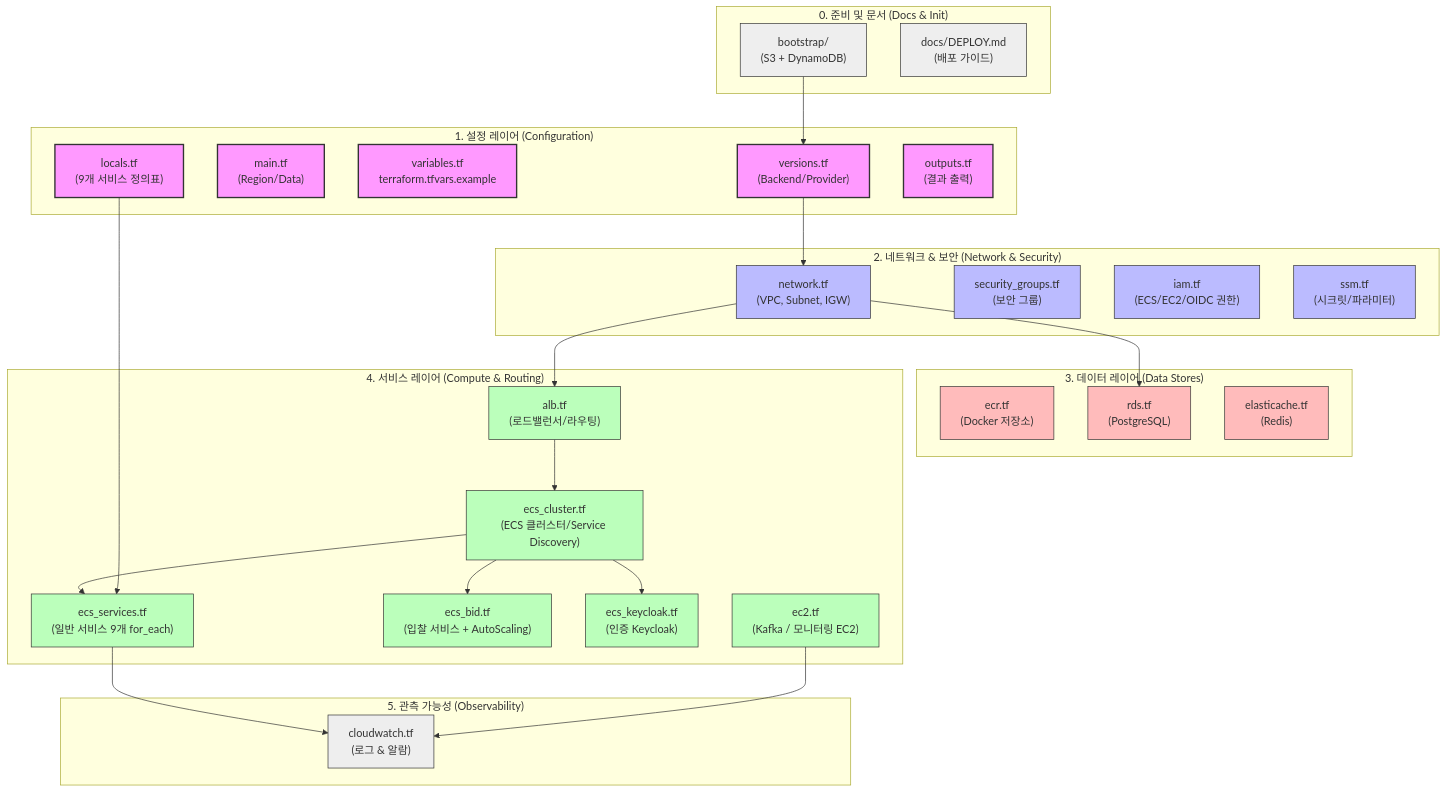
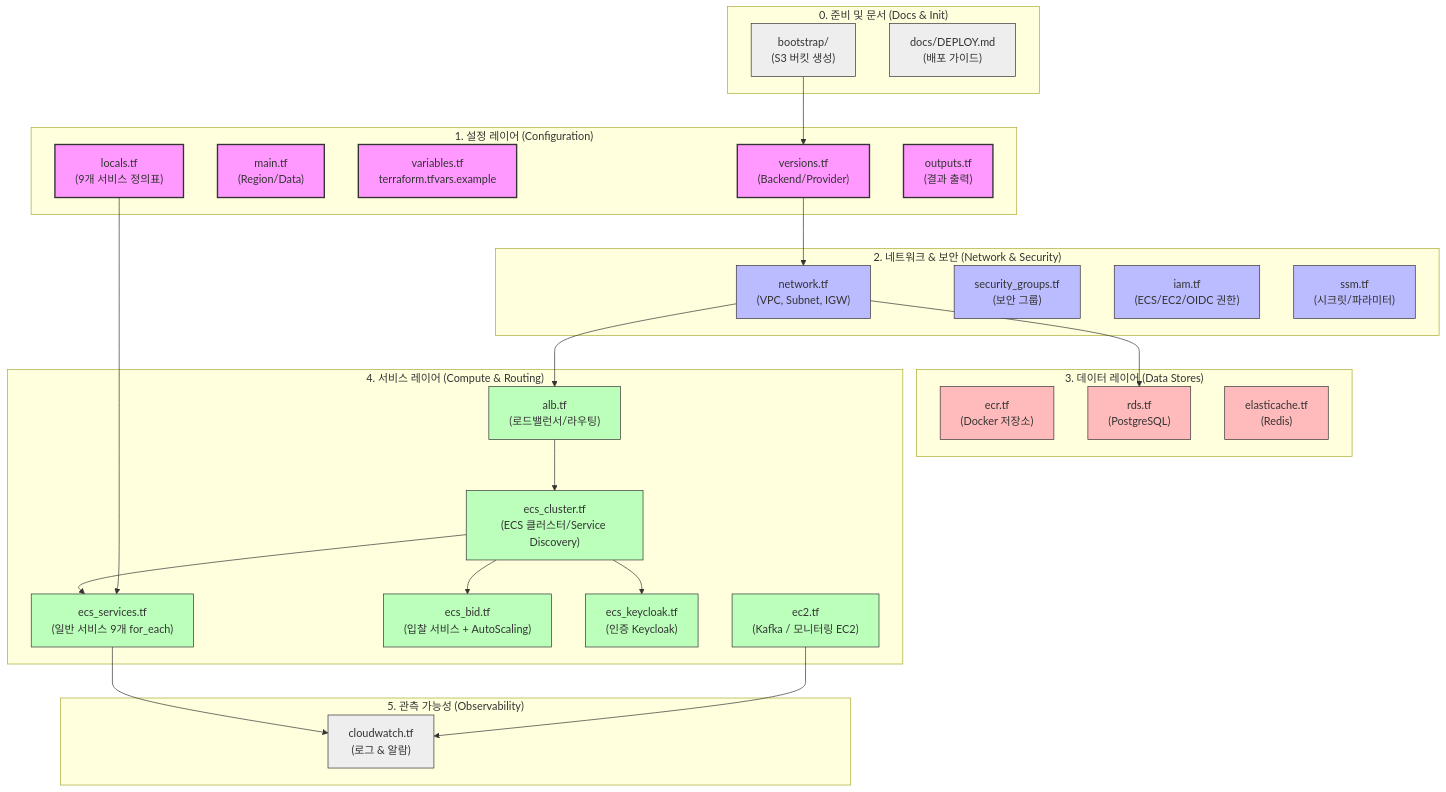
One commit to BankRupang/sanji-infra changed the diagram in README.md. Above: the diagram before and after it, drawn with Mermaid. The commit also changed other lines of this file and 3 other files, not shown here.

````diff
--- a/README.md
+++ b/README.md
@@ -82,73 +82,73 @@
 ```mermaid
 graph TD
     %% 스타일 정의
     classDef config fill:#f9f,stroke:#333,stroke-width:2px;
     classDef network fill:#bbf,stroke:#333,stroke-width:1px;
     classDef data fill:#fbb,stroke:#333,stroke-width:1px;
     classDef compute fill:#bfb,stroke:#333,stroke-width:1px;
     classDef doc fill:#eee,stroke:#333,stroke-width:1px;
 
     %% 1. 문서 및 초기화
     subgraph Docs_Init ["0. 준비 및 문서 (Docs & Init)"]
-        bootstrap["bootstrap/<br>(S3 + DynamoDB)"]
+        bootstrap["bootstrap/<br>(S3 버킷 생성)"]
         deploy["docs/DEPLOY.md<br>(배포 가이드)"]
     end
     class bootstrap,deploy doc;
 
     %% 2. 공통 설정 레이어
     subgraph Config_Layer ["1. 설정 레이어 (Configuration)"]
         versions["versions.tf<br>(Backend/Provider)"]
         main["main.tf<br>(Region/Data)"]
         vars["variables.tf<br>terraform.tfvars.example"]
         locals["locals.tf<br>(9개 서비스 정의표)"]
         outputs["outputs.tf<br>(결과 출력)"]
     end
     class versions,main,vars,locals,outputs config;
 
     %% 3. 네트워크 및 보안 레이어
     subgraph Network_Layer ["2. 네트워크 & 보안 (Network & Security)"]
         network["network.tf<br>(VPC, Subnet, IGW)"]
         sg["security_groups.tf<br>(보안 그룹)"]
         iam["iam.tf<br>(ECS/EC2/OIDC 권한)"]
         ssm["ssm.tf<br>(시크릿/파라미터)"]
     end
     class network,sg,iam,ssm network;
 
     %% 4. 데이터 저장소 레이어
     subgraph Data_Layer ["3. 데이터 레이어 (Data Stores)"]
         ecr["ecr.tf<br>(Docker 저장소)"]
         rds["rds.tf<br>(PostgreSQL)"]
         elasticache["elasticache.tf<br>(Redis)"]
     end
     class ecr,rds,elasticache data;
 
     %% 5. 애플리케이션 및 컴퓨팅 레이어
     subgraph Compute_Layer ["4. 서비스 레이어 (Compute & Routing)"]
         alb["alb.tf<br>(로드밸런서/라우팅)"]
         ecs_cluster["ecs_cluster.tf<br>(ECS 클러스터/Service Discovery)"]
         ecs_services["ecs_services.tf<br>(일반 서비스 9개 for_each)"]
         ecs_bid["ecs_bid.tf<br>(입찰 서비스 + AutoScaling)"]
         ecs_keycloak["ecs_keycloak.tf<br>(인증 Keycloak)"]
         ec2["ec2.tf<br>(Kafka / 모니터링 EC2)"]
     end
     class alb,ecs_cluster,ecs_services,ecs_bid,ecs_keycloak,ec2 compute;
 
     %% 6. 모니터링
     subgraph Monitor_Layer ["5. 관측 가능성 (Observability)"]
         cw["cloudwatch.tf<br>(로그 & 알람)"]
     end
     class cw doc;
 
     %% 의존성/흐름 시각화 (인프라 프로비저닝 순서)
     bootstrap --> versions
     versions --> network
     network --> rds
     network --> alb
     locals --> ecs_services
     alb --> ecs_cluster
     ecs_cluster --> ecs_services
     ecs_cluster --> ecs_bid
     ecs_cluster --> ecs_keycloak
     ec2 --> cw
     ecs_services --> cw
 ```
````
